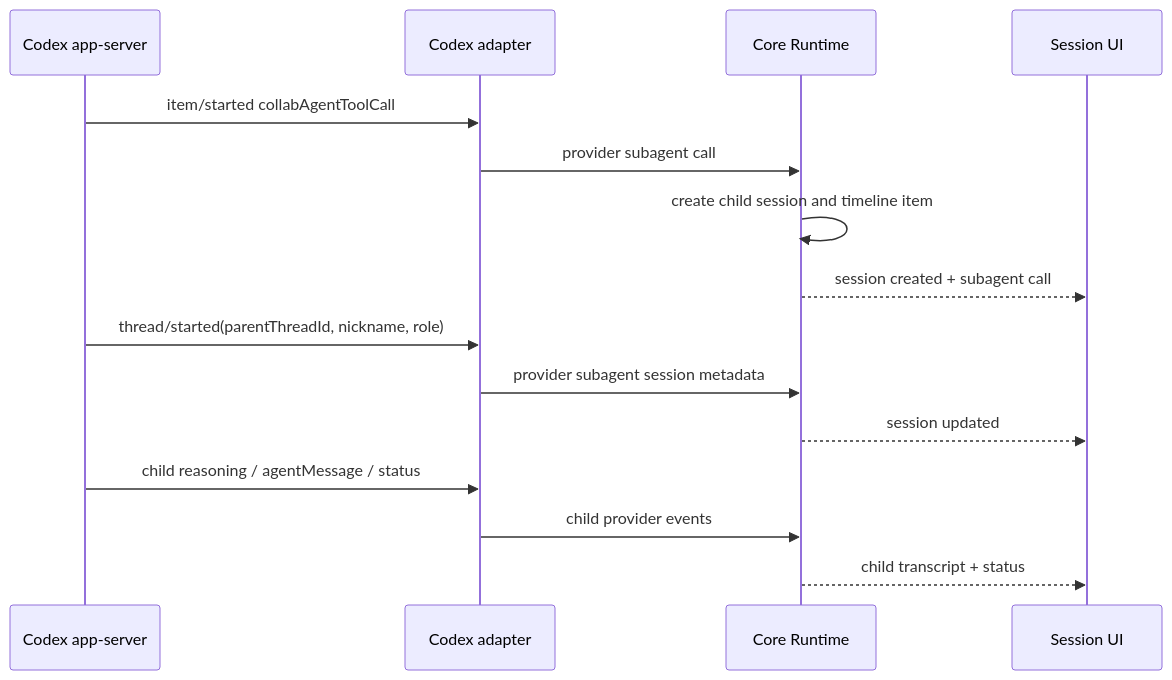
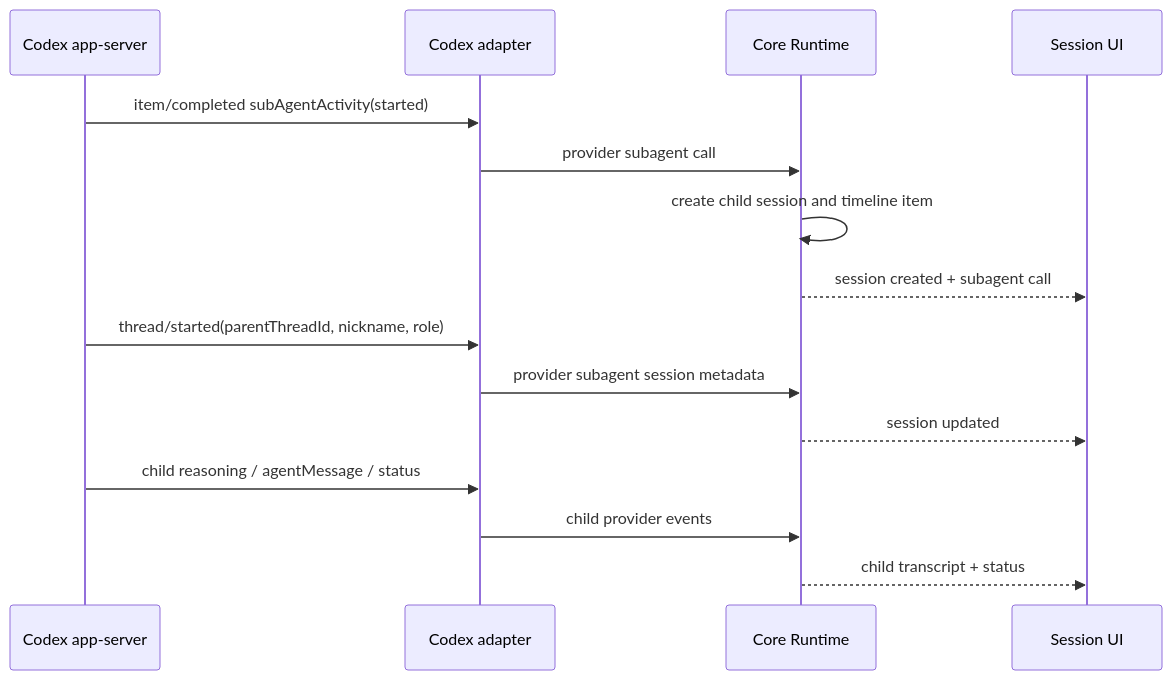
One commit to OleynikAleksandr/Harness_AI changed the diagram in docs/architecture/SubagentSessions.md. Above: the diagram before and after it, drawn with Mermaid. The commit also changed other lines of this file and 8 other files, not shown here.

````diff
--- a/docs/architecture/SubagentSessions.md
+++ b/docs/architecture/SubagentSessions.md
@@ -127,18 +132,18 @@
 ```mermaid
 sequenceDiagram
   participant A as Codex app-server
   participant P as Codex adapter
   participant C as Core Runtime
   participant U as Session UI
 
-  A->>P: item/started collabAgentToolCall
+  A->>P: item/completed subAgentActivity(started)
   P->>C: provider subagent call
   C->>C: create child session and timeline item
   C-->>U: session created + subagent call
   A->>P: thread/started(parentThreadId, nickname, role)
   P->>C: provider subagent session metadata
   C-->>U: session updated
   A->>P: child reasoning / agentMessage / status
   P->>C: child provider events
   C-->>U: child transcript + status
 ```
````
